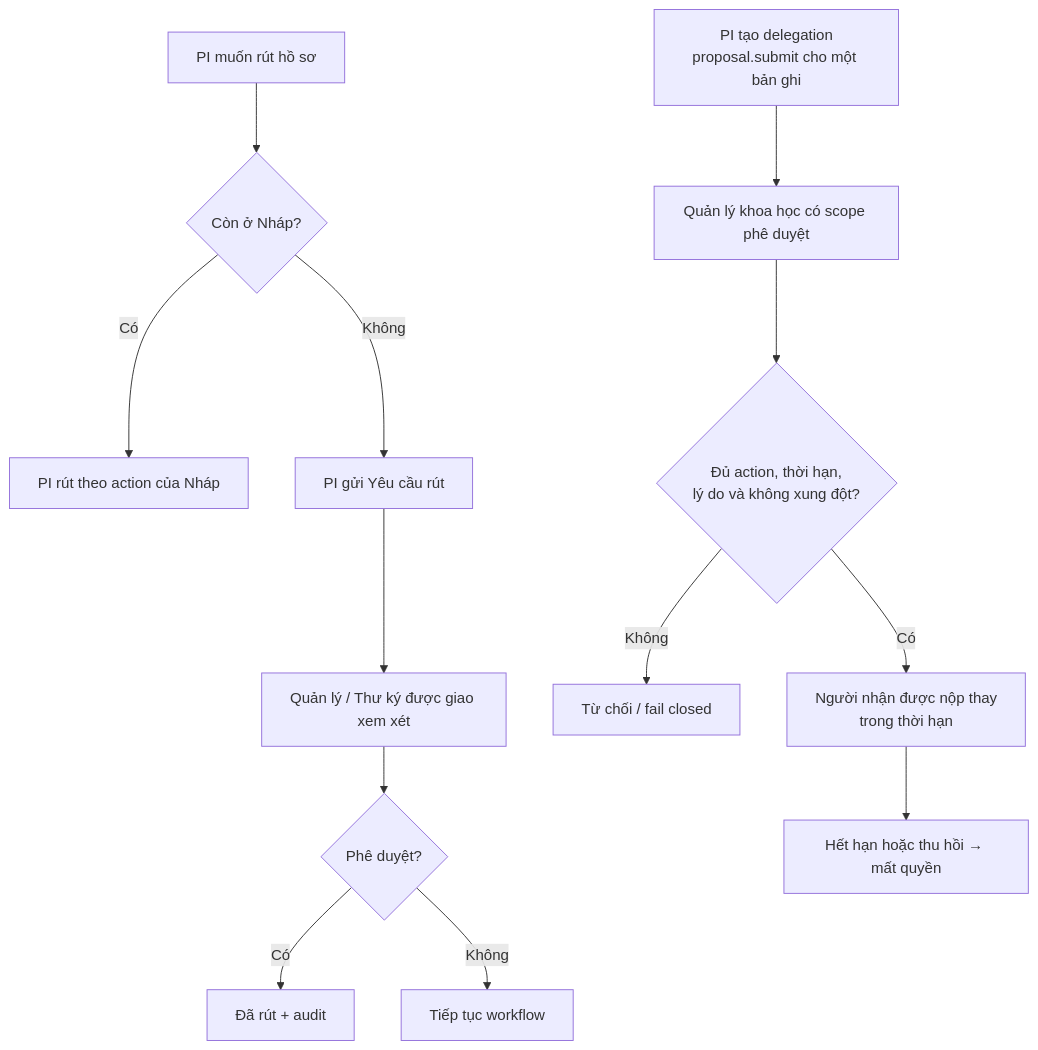
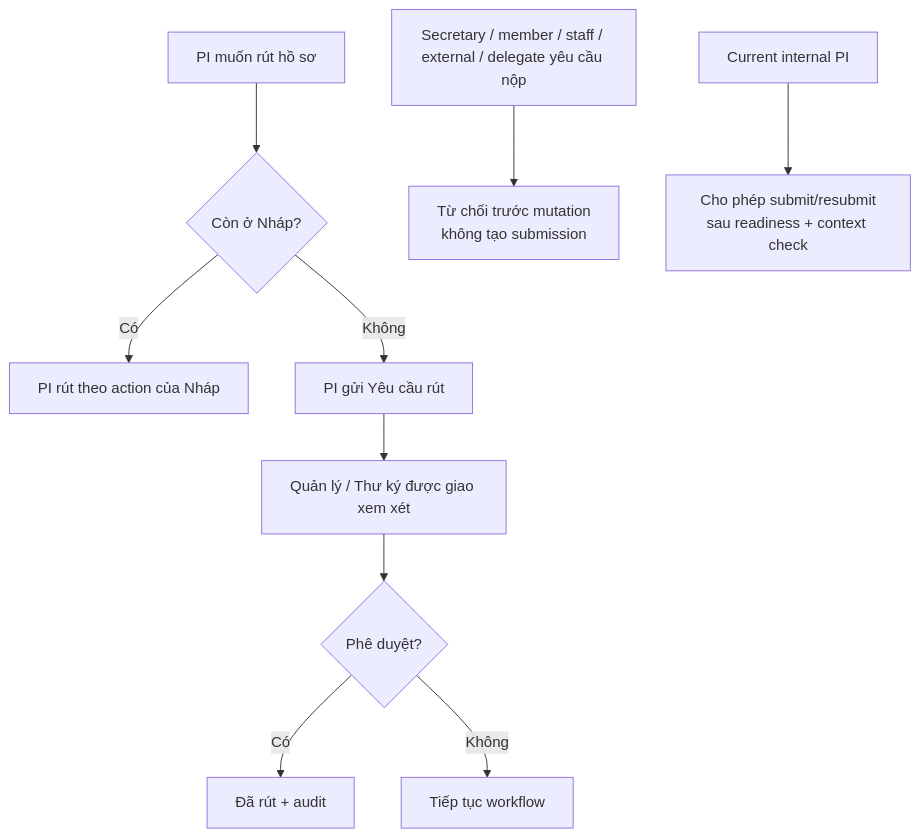
The sixth of 10 diagrams in docs/user-flows.md (thanhdotien278/DocManS), drawn with Mermaid before and after one commit. The commit also changed other lines of this file and 66 other files, not shown here.

````diff
--- a/docs/user-flows.md
+++ b/docs/user-flows.md
@@ -169,16 +170,12 @@
 ```mermaid
 flowchart TD
   withdraw_start["PI muốn rút hồ sơ"] --> draft_state{"Còn ở Nháp?"}
   draft_state -- "Có" --> withdraw_now["PI rút theo action của Nháp"]
   draft_state -- "Không" --> withdraw_request["PI gửi Yêu cầu rút"]
   withdraw_request --> withdraw_review["Quản lý / Thư ký được giao xem xét"]
   withdraw_review --> withdraw_decision{"Phê duyệt?"}
   withdraw_decision -- "Có" --> withdrawn["Đã rút + audit"]
   withdraw_decision -- "Không" --> continue["Tiếp tục workflow"]
-
-  delegate_start["PI tạo delegation<br/>proposal.submit cho một bản ghi"] --> staff_approve["Quản lý khoa học có scope phê duyệt"]
-  staff_approve --> delegate_valid{"Đủ action, thời hạn,<br/>lý do và không xung đột?"}
-  delegate_valid -- "Không" --> delegate_denied["Từ chối / fail closed"]
-  delegate_valid -- "Có" --> delegate_active["Người nhận được nộp thay<br/>trong thời hạn"]
-  delegate_active --> delegate_end["Hết hạn hoặc thu hồi → mất quyền"]
+  non_pi["Secretary / member / staff / external / delegate yêu cầu nộp"] --> denied["Từ chối trước mutation<br/>không tạo submission"]
+  pi_only["Current internal PI"] --> submit_allowed["Cho phép submit/resubmit<br/>sau readiness + context check"]
 ```
````
